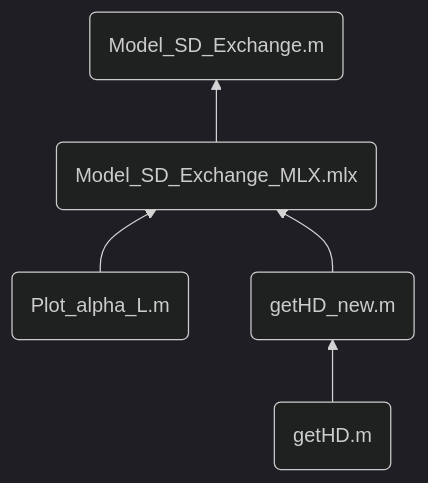
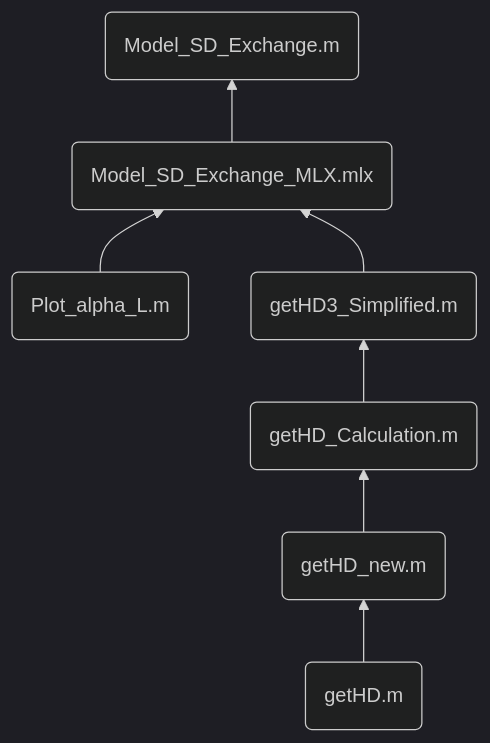
One commit to MMurphy98/BootstrappedSwitch changed the third of 3 diagrams in README.md. Above: the diagram before and after it, drawn with Mermaid (dark theme). The commit also changed other lines of this file, not shown here.

````diff
--- a/README.md
+++ b/README.md
@@ -100,8 +100,10 @@
 ```mermaid
 graph BT
 A1(getHD.m) --> B(getHD_new.m)
 A2(Plot_alpha_L.m) --> C(Model_SD_Exchange_MLX.mlx)
-B --> C
+B --> E(getHD_Calculation.m)
+E --> F(getHD3_Simplified.m)
 C --> D(Model_SD_Exchange.m)
+F --> C
 
 ```
````
